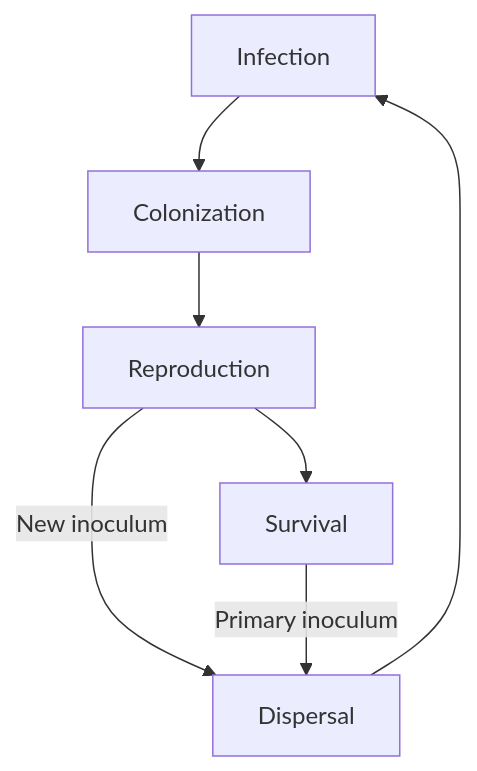
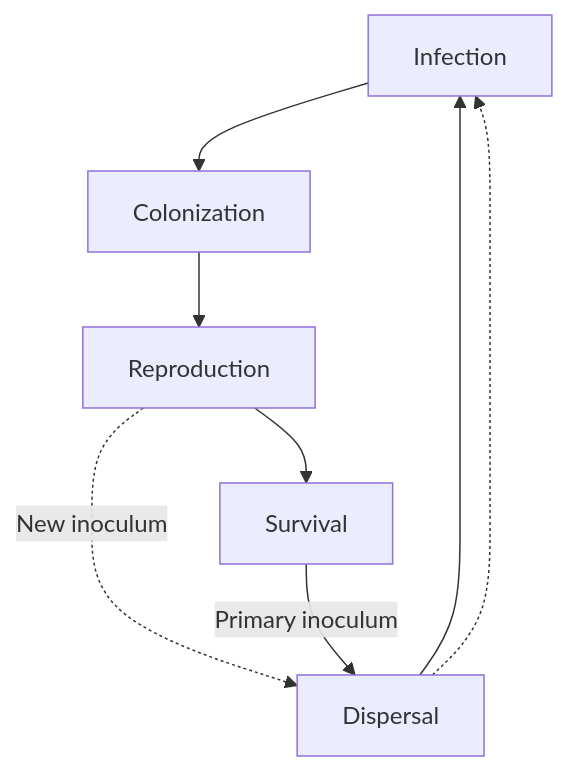
One commit to emdelponte/epidemiology-R changed the diagram in intro.qmd. Above: the diagram before and after it, drawn with Mermaid. The commit also changed 2 other files, not shown here.

Commit message:
correction to diagram

````diff
--- a/intro.qmd
+++ b/intro.qmd
@@ -25,14 +25,15 @@
 ```{mermaid}
 %%| label: fig-diagram
 %%| fig-cap: "Five main processes of the disease cycle"
 %%| fig-width: 6
 
-flowchart 
+flowchart
   A[Infection] --> B[Colonization]
   B --> C[Reproduction]
-  C -- New inoculum --> D[Dispersal]
+  C -. New inoculum .-> D[Dispersal]
   E[Survival] -- Primary inoculum --> D
   D  --> A
+  D  -.-> A
   C --> E
 
 ```
````
